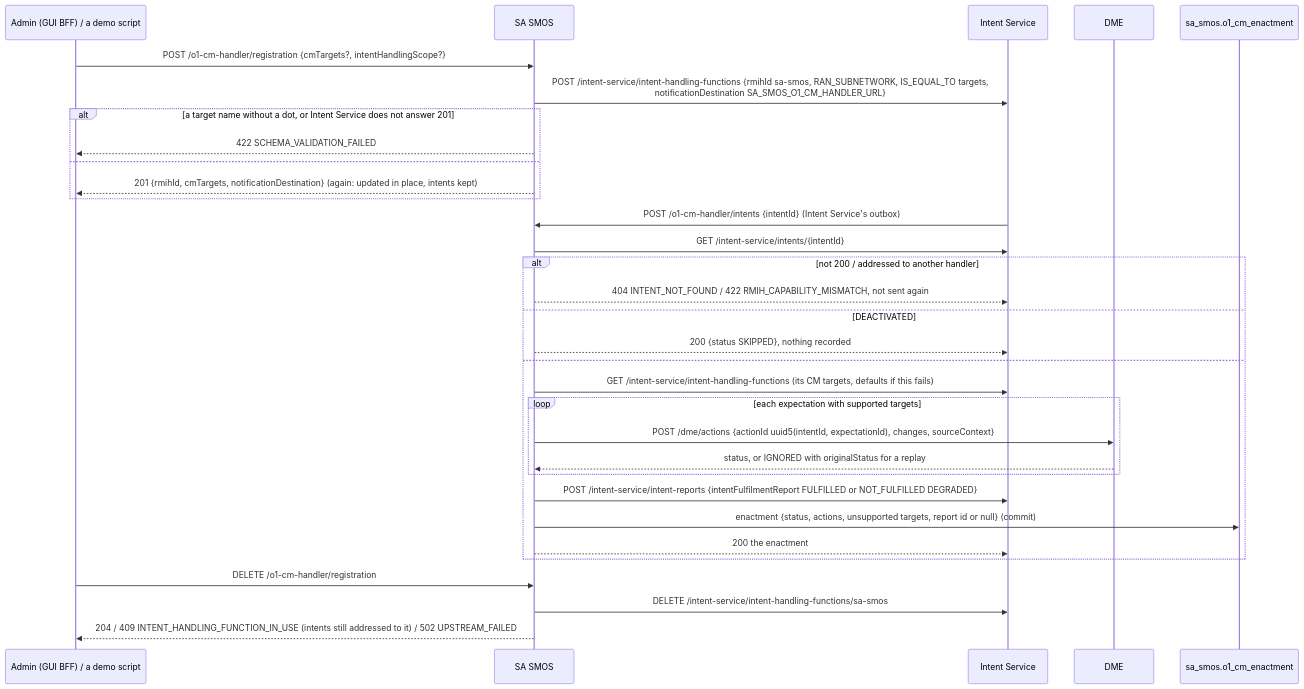
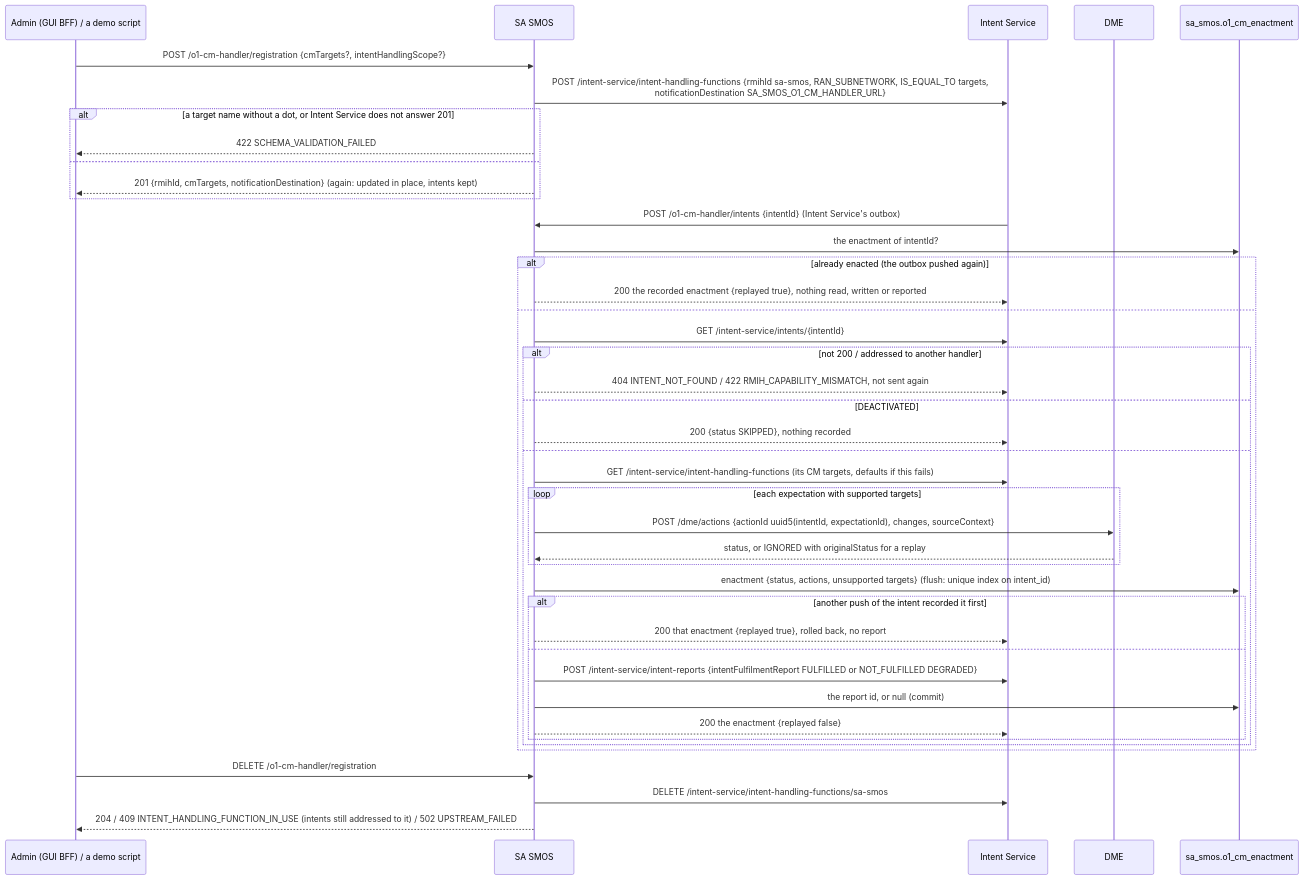
One commit to rsys-bshankar/ai-ran-smo changed the fourth of 5 diagrams in smo/sa-smos/docs/lifecycle.md. Above: the diagram before and after it, drawn with Mermaid. The commit also changed other lines of this file and 31 other files, not shown here.

````diff
--- a/smo/sa-smos/docs/lifecycle.md
+++ b/smo/sa-smos/docs/lifecycle.md
@@ -143,35 +143,45 @@
 ```mermaid
 sequenceDiagram
     participant A as Admin (GUI BFF) / a demo script
     participant SA as SA SMOS
     participant IS as Intent Service
     participant DME as DME
     participant DB as sa_smos.o1_cm_enactment
 
     A->>SA: POST /o1-cm-handler/registration {cmTargets?, intentHandlingScope?}
     SA->>IS: POST /intent-service/intent-handling-functions {rmihId sa-smos, RAN_SUBNETWORK, IS_EQUAL_TO targets,<br/>notificationDestination SA_SMOS_O1_CM_HANDLER_URL}
     alt a target name without a dot, or Intent Service does not answer 201
         SA-->>A: 422 SCHEMA_VALIDATION_FAILED
     else
         SA-->>A: 201 {rmihId, cmTargets, notificationDestination} (again: updated in place, intents kept)
     end
     IS->>SA: POST /o1-cm-handler/intents {intentId} (Intent Service's outbox)
-    SA->>IS: GET /intent-service/intents/{intentId}
-    alt not 200 / addressed to another handler
-        SA-->>IS: 404 INTENT_NOT_FOUND / 422 RMIH_CAPABILITY_MISMATCH, not sent again
-    else DEACTIVATED
-        SA-->>IS: 200 {status SKIPPED}, nothing recorded
+    SA->>DB: the enactment of intentId?
+    alt already enacted (the outbox pushed again)
+        SA-->>IS: 200 the recorded enactment {replayed true}, nothing read, written or reported
     else
-        SA->>IS: GET /intent-service/intent-handling-functions (its CM targets, defaults if this fails)
-        loop each expectation with supported targets
-            SA->>DME: POST /dme/actions {actionId uuid5(intentId, expectationId), changes, sourceContext}
-            DME-->>SA: status, or IGNORED with originalStatus for a replay
+        SA->>IS: GET /intent-service/intents/{intentId}
+        alt not 200 / addressed to another handler
+            SA-->>IS: 404 INTENT_NOT_FOUND / 422 RMIH_CAPABILITY_MISMATCH, not sent again
+        else DEACTIVATED
+            SA-->>IS: 200 {status SKIPPED}, nothing recorded
+        else
+            SA->>IS: GET /intent-service/intent-handling-functions (its CM targets, defaults if this fails)
+            loop each expectation with supported targets
+                SA->>DME: POST /dme/actions {actionId uuid5(intentId, expectationId), changes, sourceContext}
+                DME-->>SA: status, or IGNORED with originalStatus for a replay
+            end
+            SA->>DB: enactment {status, actions, unsupported targets} (flush: unique index on intent_id)
+            alt another push of the intent recorded it first
+                SA-->>IS: 200 that enactment {replayed true}, rolled back, no report
+            else
+                SA->>IS: POST /intent-service/intent-reports {intentFulfilmentReport FULFILLED or NOT_FULFILLED DEGRADED}
+                SA->>DB: the report id, or null (commit)
+                SA-->>IS: 200 the enactment {replayed false}
+            end
         end
-        SA->>IS: POST /intent-service/intent-reports {intentFulfilmentReport FULFILLED or NOT_FULFILLED DEGRADED}
-        SA->>DB: enactment {status, actions, unsupported targets, report id or null} (commit)
-        SA-->>IS: 200 the enactment
     end
     A->>SA: DELETE /o1-cm-handler/registration
     SA->>IS: DELETE /intent-service/intent-handling-functions/sa-smos
     SA-->>A: 204 / 409 INTENT_HANDLING_FUNCTION_IN_USE (intents still addressed to it) / 502 UPSTREAM_FAILED
 ```
````
